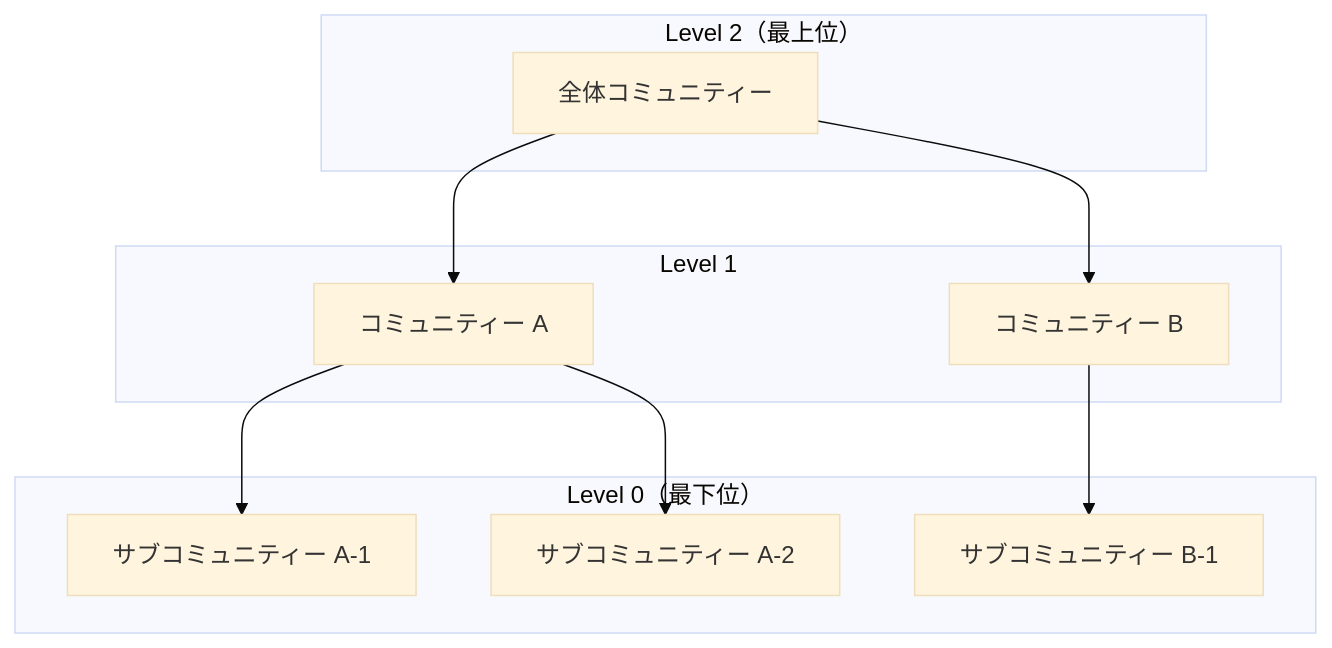
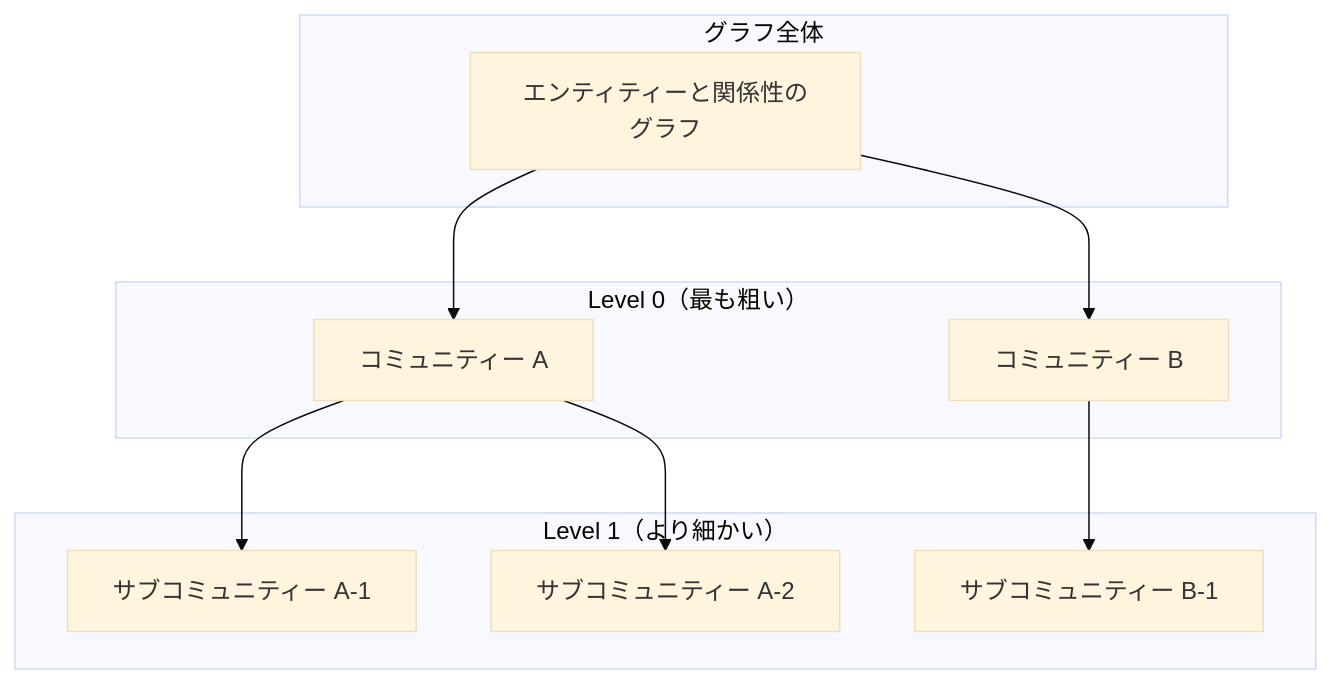
The second of 5 diagrams in content/blog/ja/graphrag.mdx (yoichiozaki/yoichiozaki.github.io), drawn with Mermaid (base theme) before and after one commit. The commit also changed other lines of this file and 220 other files, not shown here.

````diff
--- a/content/blog/ja/graphrag.mdx
+++ b/content/blog/ja/graphrag.mdx
@@ -158,20 +158,20 @@
 ```mermaid
 graph TD
-    subgraph Level2["Level 2（最上位）"]
-        C0[全体コミュニティー]
+    subgraph Root["グラフ全体"]
+        C0[エンティティーと関係性のグラフ]
     end
-    subgraph Level1["Level 1"]
+    subgraph Level0["Level 0（最も粗い）"]
         C1[コミュニティー A]
         C2[コミュニティー B]
     end
-    subgraph Level0["Level 0（最下位）"]
+    subgraph Level1["Level 1（より細かい）"]
         C3[サブコミュニティー A-1]
         C4[サブコミュニティー A-2]
         C5[サブコミュニティー B-1]
     end
     C0 --> C1
     C0 --> C2
     C1 --> C3
     C1 --> C4
     C2 --> C5
 ```
````
